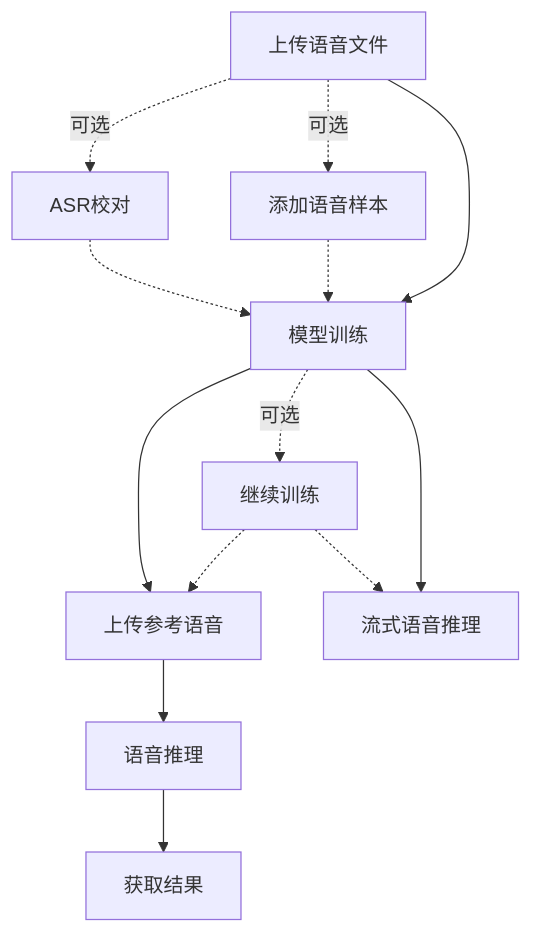
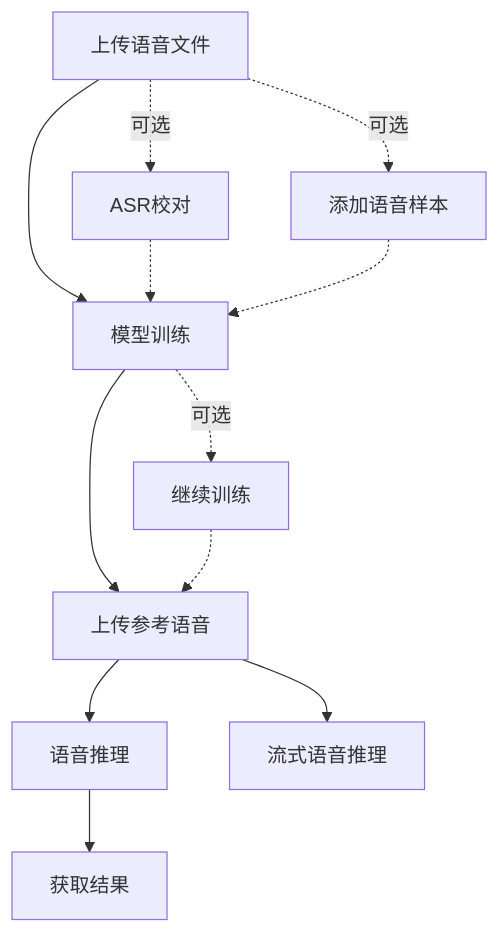
Before and after one commit to newsiquare/mockvox: the diagram in docs/cn/api.md, drawn with Mermaid. The commit also changed other lines of this file and 1 other file, not shown here.

````diff
--- a/docs/cn/api.md
+++ b/docs/cn/api.md
@@ -46,15 +46,14 @@
 ```mermaid
 graph TD
     A[上传语音文件] -.-> |可选| B[ASR校对]
     A -.-> |可选| H[添加语音样本]
     A --> C[模型训练]
     B -.-> C
     H -.-> C
     C --> D[上传参考语音]
     C -.-> |可选| E[继续训练]  
     E -.-> D
     D --> F[语音推理]                  
     F --> G[获取结果]
-    C --> J[流式语音推理]
-    E -.-> J
+    D --> J[流式语音推理]
 ```
````
